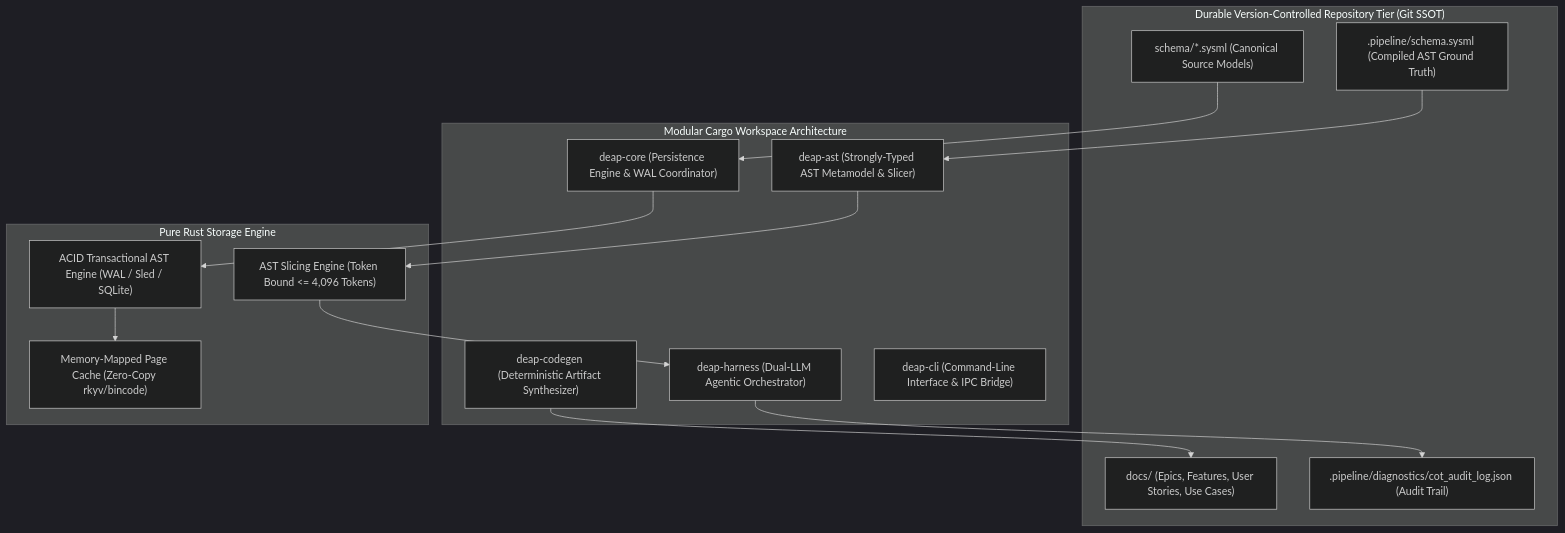
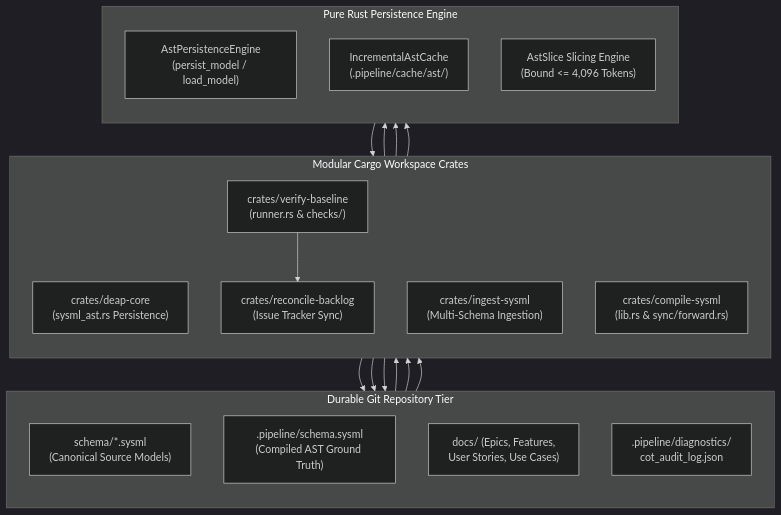
The first of 2 diagrams in docs/architecture/blueprints/PERSISTENCE_ARCHITECTURE.md (gintatkinson/DEAP01-spec-core), drawn with Mermaid (dark theme) before and after one commit. The commit also changed other lines of this file and 28 other files, not shown here.

Commit message:
feat(verify-baseline,deap-core,compile-sysml): implement Option C blueprint capabilities and Check 37 blueprint grounding gate

````diff
--- a/docs/architecture/blueprints/PERSISTENCE_ARCHITECTURE.md
+++ b/docs/architecture/blueprints/PERSISTENCE_ARCHITECTURE.md
@@ -41,32 +41,38 @@
 ```mermaid
 flowchart TD
-    subgraph RepoLayer ["Durable Version-Controlled Repository Tier (Git SSOT)"]
-        SysMLSource["schema/*.sysml (Canonical Source Models)"]
-        CompiledAST[".pipeline/schema.sysml (Compiled AST Ground Truth)"]
-        SpecsDocs["docs/ (Epics, Features, User Stories, Use Cases)"]
-        Diagnostics[".pipeline/diagnostics/cot_audit_log.json (Audit Trail)"]
+    subgraph RepoLayer ["Durable Git Repository Tier"]
+        direction TB
+        SysMLSource["schema/*.sysml<br/>(Canonical Source Models)"]
+        CompiledAST[".pipeline/schema.sysml<br/>(Compiled AST Ground Truth)"]
+        SpecsDocs["docs/ (Epics, Features,<br/>User Stories, Use Cases)"]
+        Diagnostics[".pipeline/diagnostics/<br/>cot_audit_log.json"]
     end
 
-    subgraph RustWorkspace ["Modular Cargo Workspace Architecture"]
-        CoreCrate["deap-core (Persistence Engine & WAL Coordinator)"]
-        AstCrate["deap-ast (Strongly-Typed AST Metamodel & Slicer)"]
-        CodegenCrate["deap-codegen (Deterministic Artifact Synthesizer)"]
-        HarnessCrate["deap-harness (Dual-LLM Agentic Orchestrator)"]
-        CliCrate["deap-cli (Command-Line Interface & IPC Bridge)"]
+    subgraph RustWorkspace ["Modular Cargo Workspace Crates"]
+        direction TB
+        CoreCrate["crates/deap-core<br/>(sysml_ast.rs Persistence)"]
+        IngestCrate["crates/ingest-sysml<br/>(Multi-Schema Ingestion)"]
+        CompileCrate["crates/compile-sysml<br/>(lib.rs & sync/forward.rs)"]
+        VerifyCrate["crates/verify-baseline<br/>(runner.rs & checks/)"]
+        ReconcileCrate["crates/reconcile-backlog<br/>(Issue Tracker Sync)"]
     end
 
-    subgraph StorageEngine ["Pure Rust Storage Engine"]
-        MmapCache["Memory-Mapped Page Cache (Zero-Copy rkyv/bincode)"]
-        TransactionalStore["ACID Transactional AST Engine (WAL / Sled / SQLite)"]
-        ASTSlicer["AST Slicing Engine (Token Bound <= 4,096 Tokens)"]
+    subgraph StorageEngine ["Pure Rust Persistence Engine"]
+        direction TB
+        PersistEngine["AstPersistenceEngine<br/>(persist_model / load_model)"]
+        AstCache["IncrementalAstCache<br/>(.pipeline/cache/ast/)"]
+        ASTSlicer["AstSlice Slicing Engine<br/>(Bound <= 4,096 Tokens)"]
     end
 
-    SysMLSource --> CoreCrate
-    CompiledAST --> AstCrate
-    CoreCrate --> TransactionalStore
-    AstCrate --> ASTSlicer
-    ASTSlicer --> HarnessCrate
-    TransactionalStore --> MmapCache
-    CodegenCrate --> SpecsDocs
-    HarnessCrate --> Diagnostics
+    SysMLSource --> IngestCrate
+    IngestCrate --> CompiledAST
+    CompiledAST --> CoreCrate
+    CoreCrate --> PersistEngine
+    CoreCrate --> AstCache
+    CoreCrate --> ASTSlicer
+    ASTSlicer --> CompileCrate
+    CompileCrate --> SpecsDocs
+    CoreCrate --> Diagnostics
+    SpecsDocs --> VerifyCrate
+    VerifyCrate --> ReconcileCrate
 ```
````
